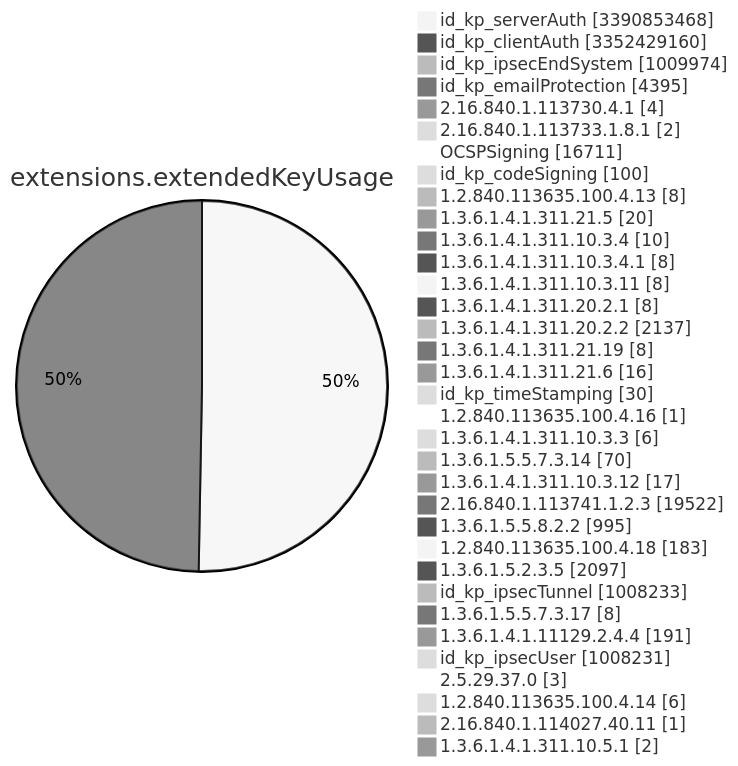
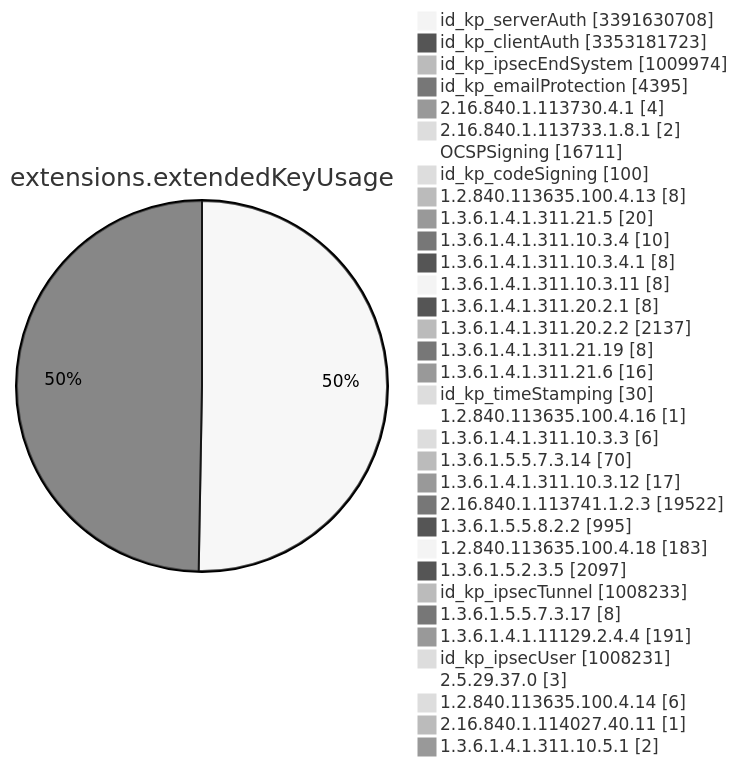
Diagram 11 of 15 in TOTAL/README.md (christiankrug/ctmonitor_visualization), drawn with Mermaid (neutral theme) before and after one commit. The commit also changed other lines of this file, not shown here.

````diff
--- a/TOTAL/README.md
+++ b/TOTAL/README.md
@@ -4121,38 +4121,38 @@
 ```mermaid
 pie showData
 title extensions.extendedKeyUsage
-"id_kp_serverAuth" :3390853468
-"id_kp_clientAuth" :3352429160
+"id_kp_serverAuth" :3391630708
+"id_kp_clientAuth" :3353181723
 "id_kp_ipsecEndSystem" :1009974
 "id_kp_emailProtection" :4395
 "2.16.840.1.113730.4.1" :4
 "2.16.840.1.113733.1.8.1" :2
 "OCSPSigning" :16711
 "id_kp_codeSigning" :100
 "1.2.840.113635.100.4.13" :8
 "1.3.6.1.4.1.311.21.5" :20
 "1.3.6.1.4.1.311.10.3.4" :10
 "1.3.6.1.4.1.311.10.3.4.1" :8
 "1.3.6.1.4.1.311.10.3.11" :8
 "1.3.6.1.4.1.311.20.2.1" :8
 "1.3.6.1.4.1.311.20.2.2" :2137
 "1.3.6.1.4.1.311.21.19" :8
 "1.3.6.1.4.1.311.21.6" :16
 "id_kp_timeStamping" :30
 "1.2.840.113635.100.4.16" :1
 "1.3.6.1.4.1.311.10.3.3" :6
 "1.3.6.1.5.5.7.3.14" :70
 "1.3.6.1.4.1.311.10.3.12" :17
 "2.16.840.1.113741.1.2.3" :19522
 "1.3.6.1.5.5.8.2.2" :995
 "1.2.840.113635.100.4.18" :183
 "1.3.6.1.5.2.3.5" :2097
 "id_kp_ipsecTunnel" :1008233
 "1.3.6.1.5.5.7.3.17" :8
 "1.3.6.1.4.1.11129.2.4.4" :191
 "id_kp_ipsecUser" :1008231
 "2.5.29.37.0" :3
 "1.2.840.113635.100.4.14" :6
 "2.16.840.1.114027.40.11" :1
 "1.3.6.1.4.1.311.10.5.1" :2
 ```
````
